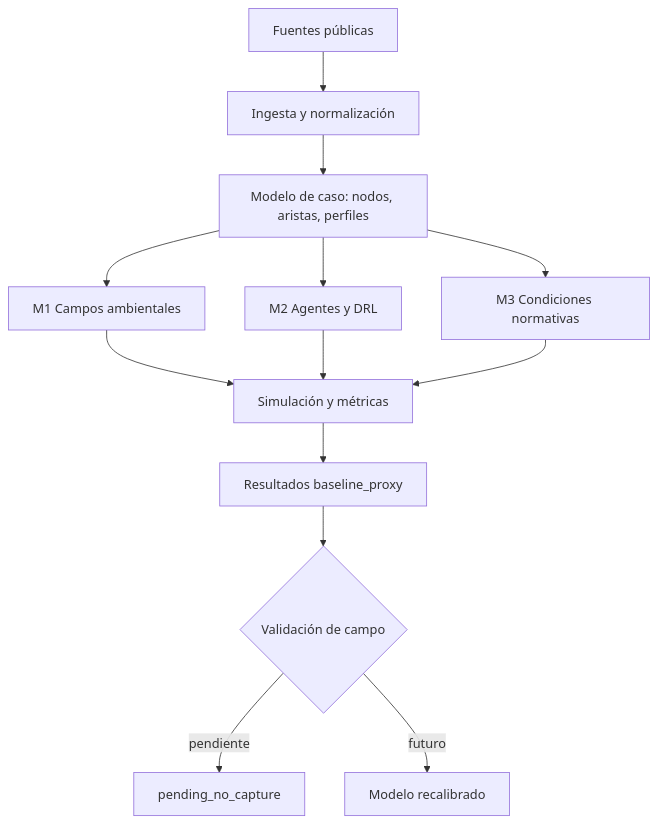
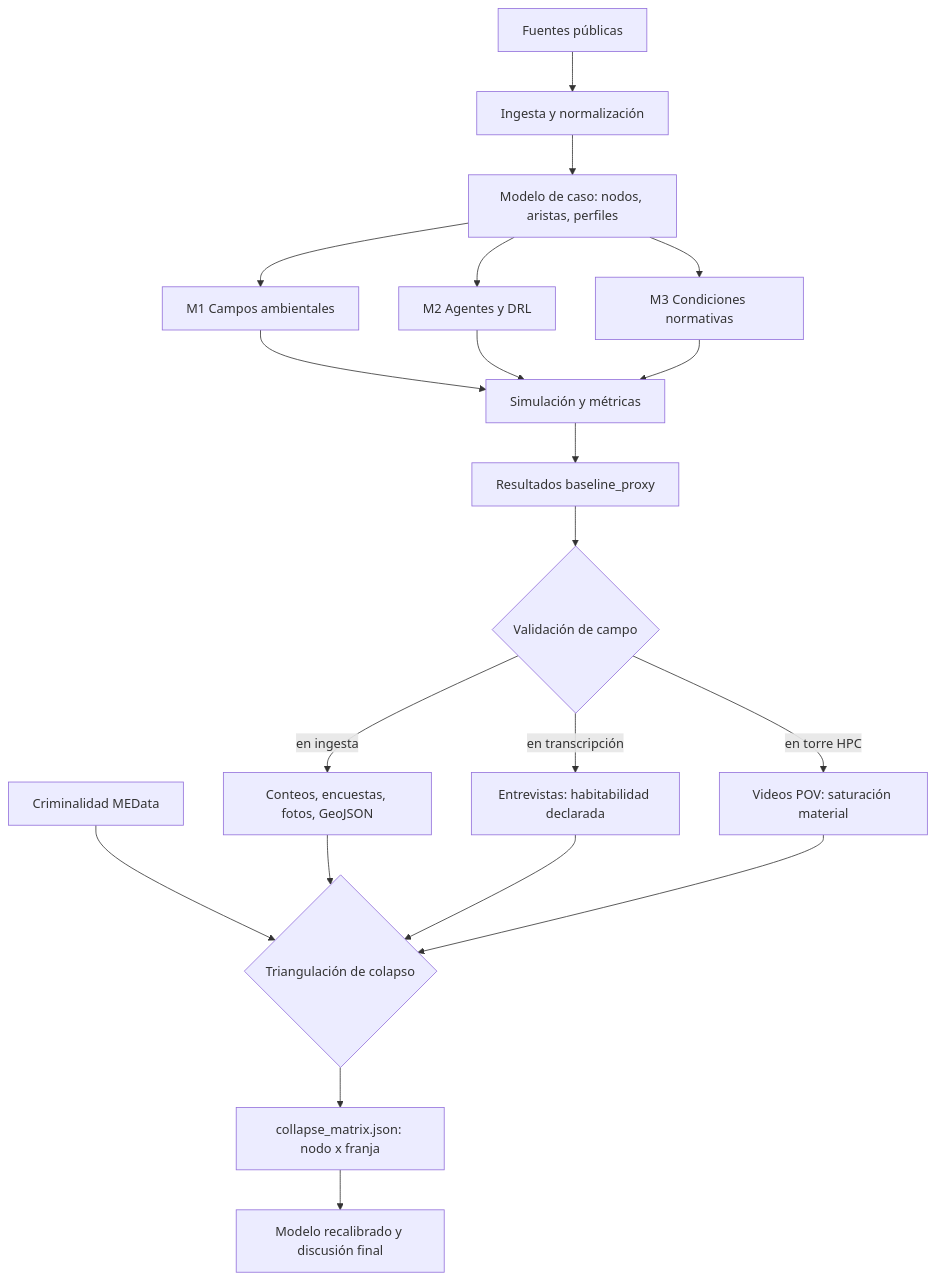
The diagram in tesis/02-metodologia-y-diseno-hpc.md (stevenvo780/FenomenologiaUrbana), drawn with Mermaid before and after one commit. The commit also changed other lines of this file and 13 other files, not shown here.

First line of the commit message:
feat: introducir colapso fenomenológico y entorno HPC dual-GPU

````diff
--- a/tesis/02-metodologia-y-diseno-hpc.md
+++ b/tesis/02-metodologia-y-diseno-hpc.md
@@ -176,15 +201,22 @@
 ```mermaid
 graph TD
     A[Fuentes públicas] --> B[Ingesta y normalización]
     B --> C[Modelo de caso: nodos, aristas, perfiles]
     C --> D[M1 Campos ambientales]
     C --> E[M2 Agentes y DRL]
     C --> F[M3 Condiciones normativas]
     D --> G[Simulación y métricas]
     E --> G
     F --> G
     G --> H[Resultados baseline_proxy]
     H --> I{Validación de campo}
-    I -->|pendiente| J[pending_no_capture]
-    I -->|futuro| K[Modelo recalibrado]
+    I -->|en ingesta| J[Conteos, encuestas, fotos, GeoJSON]
+    I -->|en transcripción| K[Entrevistas: habitabilidad declarada]
+    I -->|en torre HPC| L[Videos POV: saturación material]
+    M[Criminalidad MEData] --> N{Triangulación de colapso}
+    J --> N
+    K --> N
+    L --> N
+    N --> O[collapse_matrix.json: nodo x franja]
+    O --> P[Modelo recalibrado y discusión final]
 ```
````
